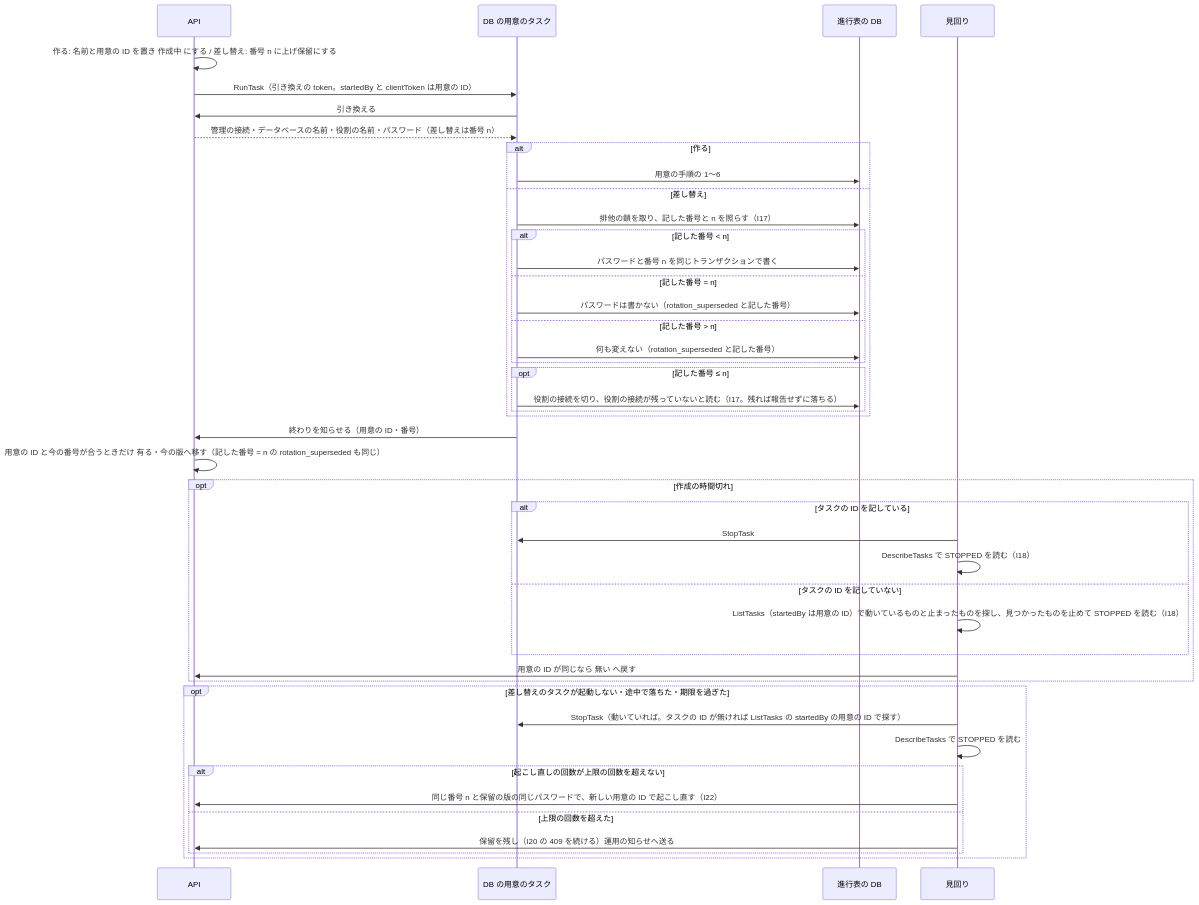
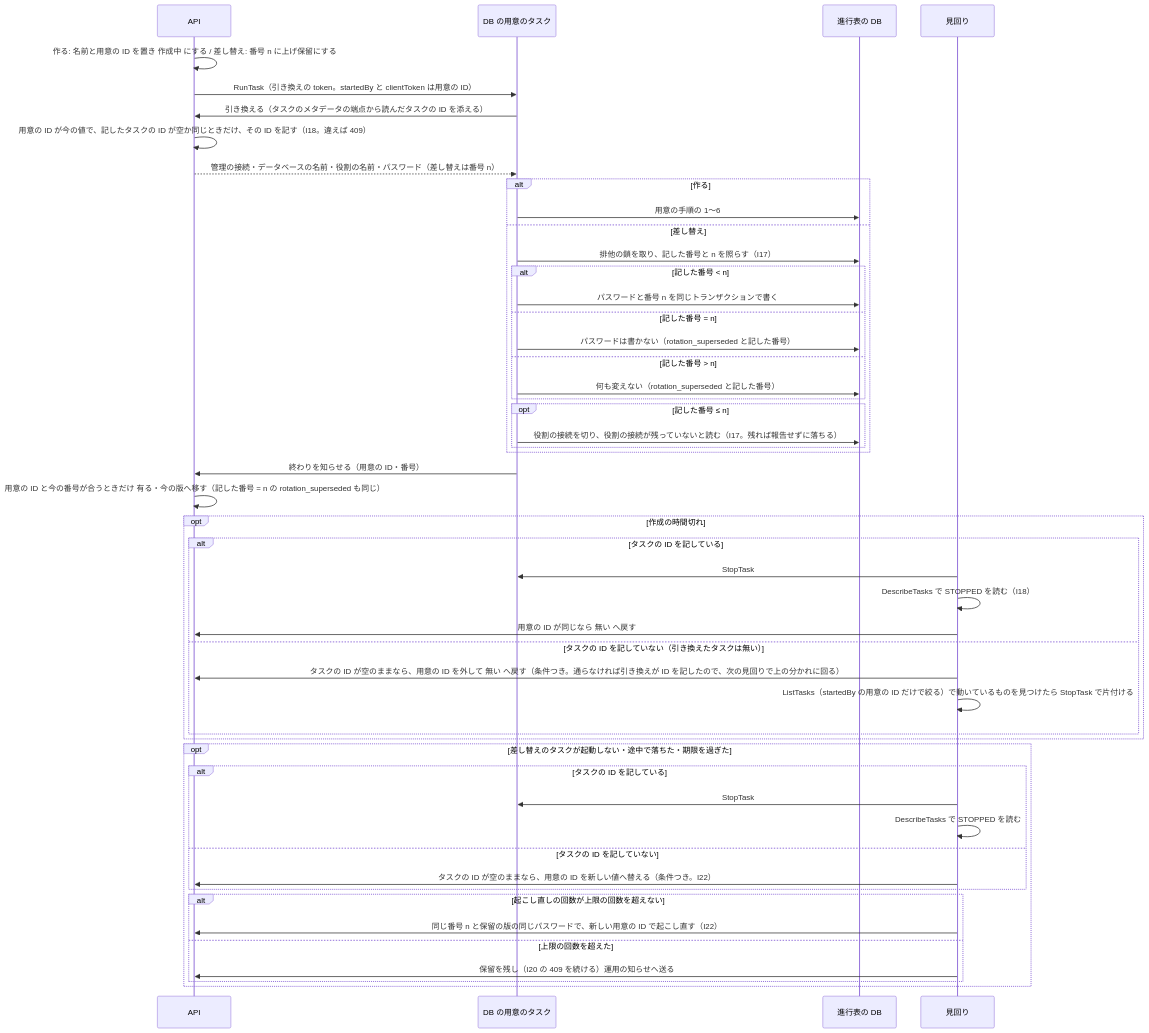
One commit to devbasex/nd-factory changed the eighth of 10 diagrams in issues/issue-32-design.md. Above: the diagram before and after it, drawn with Mermaid. The commit also changed other lines of this file and 3 other files, not shown here.

````diff
--- a/issues/issue-32-design.md
+++ b/issues/issue-32-design.md
@@ -522,46 +529,52 @@
 ```mermaid
 sequenceDiagram
     participant API as API
     participant TK as DB の用意のタスク
     participant DB as 進行表の DB
     participant PT as 見回り
     API->>API: 作る: 名前と用意の ID を置き 作成中 にする / 差し替え: 番号 n に上げ保留にする
     API->>TK: RunTask（引き換えの token。startedBy と clientToken は用意の ID）
-    TK->>API: 引き換える
+    TK->>API: 引き換える（タスクのメタデータの端点から読んだタスクの ID を添える）
+    API->>API: 用意の ID が今の値で、記したタスクの ID が空か同じときだけ、その ID を記す（I18。違えば 409）
     API-->>TK: 管理の接続・データベースの名前・役割の名前・パスワード（差し替えは番号 n）
     alt 作る
         TK->>DB: 用意の手順の 1〜6
     else 差し替え
         TK->>DB: 排他の鎖を取り、記した番号と n を照らす（I17）
         alt 記した番号 < n
             TK->>DB: パスワードと番号 n を同じトランザクションで書く
         else 記した番号 = n
             TK->>DB: パスワードは書かない（rotation_superseded と記した番号）
         else 記した番号 > n
             TK->>DB: 何も変えない（rotation_superseded と記した番号）
         end
         opt 記した番号 ≤ n
             TK->>DB: 役割の接続を切り、役割の接続が残っていないと読む（I17。残れば報告せずに落ちる）
         end
     end
     TK->>API: 終わりを知らせる（用意の ID・番号）
     API->>API: 用意の ID と今の番号が合うときだけ 有る・今の版へ移す（記した番号 = n の rotation_superseded も同じ）
     opt 作成の時間切れ
         alt タスクの ID を記している
             PT->>TK: StopTask
             PT->>PT: DescribeTasks で STOPPED を読む（I18）
-        else タスクの ID を記していない
-            PT->>PT: ListTasks（startedBy は用意の ID）で動いているものと止まったものを探し、見つかったものを止めて STOPPED を読む（I18）
+            PT->>API: 用意の ID が同じなら 無い へ戻す
+        else タスクの ID を記していない（引き換えたタスクは無い）
+            PT->>API: タスクの ID が空のままなら、用意の ID を外して 無い へ戻す（条件つき。通らなければ引き換えが ID を記したので、次の見回りで上の分かれに回る）
+            PT->>PT: ListTasks（startedBy の用意の ID だけで絞る）で動いているものを見つけたら StopTask で片付ける
         end
-        PT->>API: 用意の ID が同じなら 無い へ戻す
     end
     opt 差し替えのタスクが起動しない・途中で落ちた・期限を過ぎた
-        PT->>TK: StopTask（動いていれば。タスクの ID が無ければ ListTasks の startedBy の用意の ID で探す）
-        PT->>PT: DescribeTasks で STOPPED を読む
+        alt タスクの ID を記している
+            PT->>TK: StopTask
+            PT->>PT: DescribeTasks で STOPPED を読む
+        else タスクの ID を記していない
+            PT->>API: タスクの ID が空のままなら、用意の ID を新しい値へ替える（条件つき。I22）
+        end
         alt 起こし直しの回数が上限の回数を超えない
             PT->>API: 同じ番号 n と保留の版の同じパスワードで、新しい用意の ID で起こし直す（I22）
         else 上限の回数を超えた
             PT->>API: 保留を残し（I20 の 409 を続ける）運用の知らせへ送る
         end
     end
 ```
````
